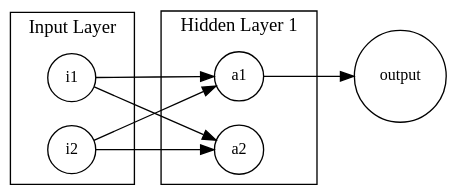
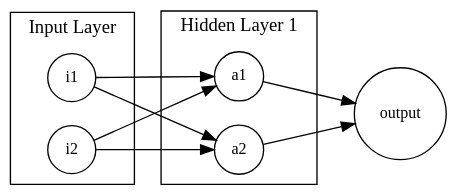
One commit to sethfair/deep-learning-presentation changed the diagram in dot/6_3.dot. Above: the diagram before and after it, drawn with Graphviz.

```diff
--- a/dot/6_3.dot
+++ b/dot/6_3.dot
@@ -1,22 +1,22 @@
 digraph {
     graph [fontname = "Handlee"];
     node [fontname = "Handlee"];
     edge [fontname = "Handlee"];
     bgcolor=transparent;
     splines=line
     rankdir=LR;
     node [shape="circle", fontsize=12];
     i1 -> {a1, a2};
     i2 -> {a1, a2};
-    a1-> output;
+    {a1, a2}-> output;
     
     subgraph cluster_0 {
         label="Input Layer"
         {i1, i2}
     }
     
     subgraph cluster_1 {
         label="Hidden Layer 1"
         {a1, a2}
     }
 }
```
